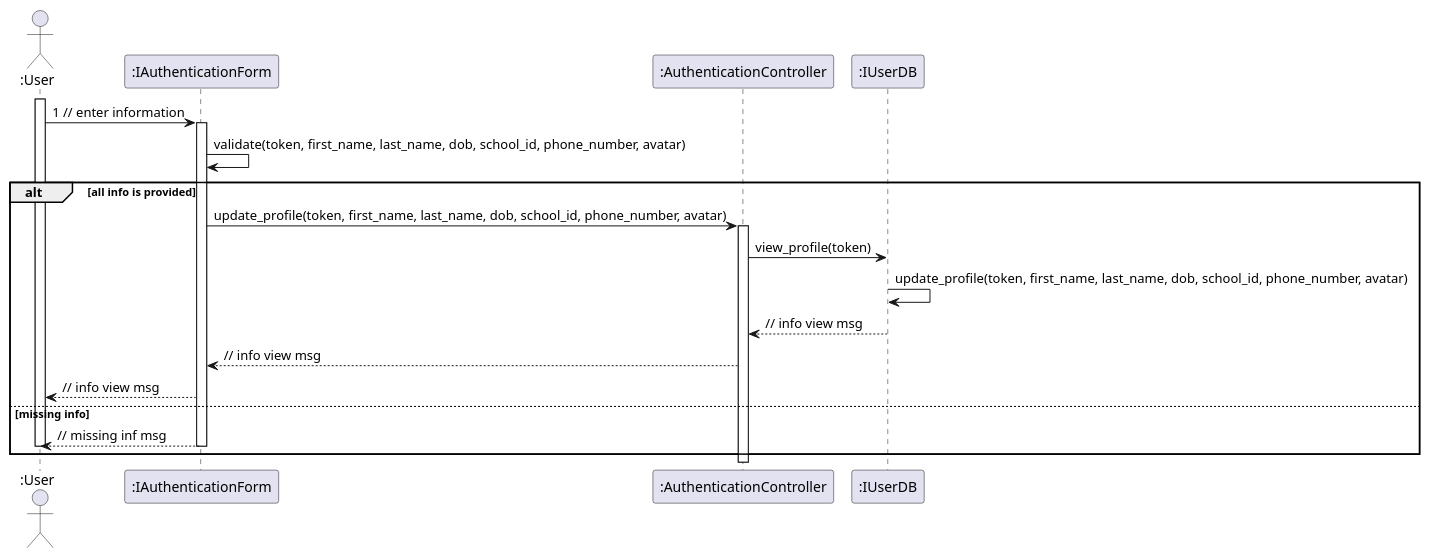
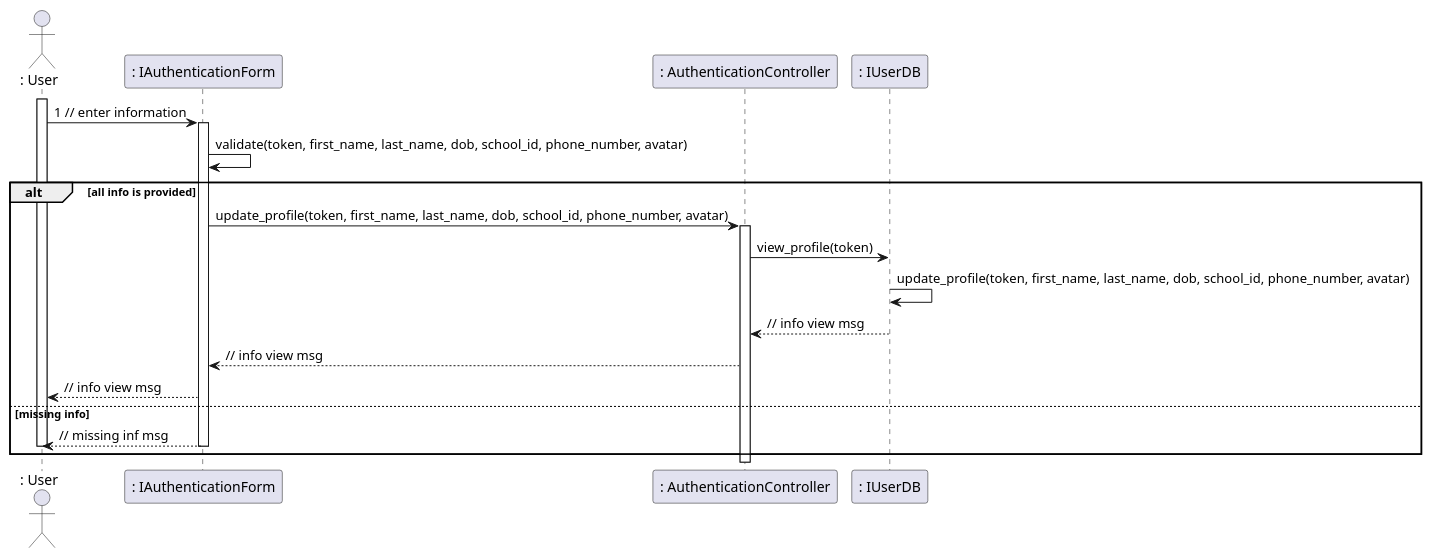
The diagram in sequence - design/authentication/updateMyProfile.plantuml (anonyhostvn/OOAD-Diagram), drawn with PlantUML before and after one commit. The commit also changed 33 other files, not shown here.

```diff
--- a/sequence - design/authentication/updateMyProfile.plantuml
+++ b/sequence - design/authentication/updateMyProfile.plantuml
@@ -1,26 +1,26 @@
 @startuml
-actor ":User"
+actor ": User"
 
-activate ":User"
-":User" -> ":IAuthenticationForm" : 1 // enter information
-activate ":IAuthenticationForm"
-":IAuthenticationForm" -> ":IAuthenticationForm" : validate(token, first_name, last_name, dob, school_id, phone_number, avatar)
+activate ": User"
+": User" -> ": IAuthenticationForm" : 1 // enter information
+activate ": IAuthenticationForm"
+": IAuthenticationForm" -> ": IAuthenticationForm" : validate(token, first_name, last_name, dob, school_id, phone_number, avatar)
 
 alt all info is provided
 
-":IAuthenticationForm" -> ":AuthenticationController" : update_profile(token, first_name, last_name, dob, school_id, phone_number, avatar)
-activate ":AuthenticationController"
-":AuthenticationController" -> ":IUserDB" : view_profile(token)
-":IUserDB" -> ":IUserDB" : update_profile(token, first_name, last_name, dob, school_id, phone_number, avatar)
+": IAuthenticationForm" -> ": AuthenticationController" : update_profile(token, first_name, last_name, dob, school_id, phone_number, avatar)
+activate ": AuthenticationController"
+": AuthenticationController" -> ": IUserDB" : view_profile(token)
+": IUserDB" -> ": IUserDB" : update_profile(token, first_name, last_name, dob, school_id, phone_number, avatar)
 
 
-":IUserDB" --> ":AuthenticationController" : // info view msg
-":AuthenticationController" --> ":IAuthenticationForm" : // info view msg
-":IAuthenticationForm"  --> ":User" : // info view msg
+": IUserDB" --> ": AuthenticationController" : // info view msg
+": AuthenticationController" --> ": IAuthenticationForm" : // info view msg
+": IAuthenticationForm"  --> ": User" : // info view msg
 else missing info
 
-":IAuthenticationForm" --> ":User" : // missing inf msg
-deactivate ":IAuthenticationForm"
-deactivate ":User"
+": IAuthenticationForm" --> ": User" : // missing inf msg
+deactivate ": IAuthenticationForm"
+deactivate ": User"
 end
 @enduml
```
